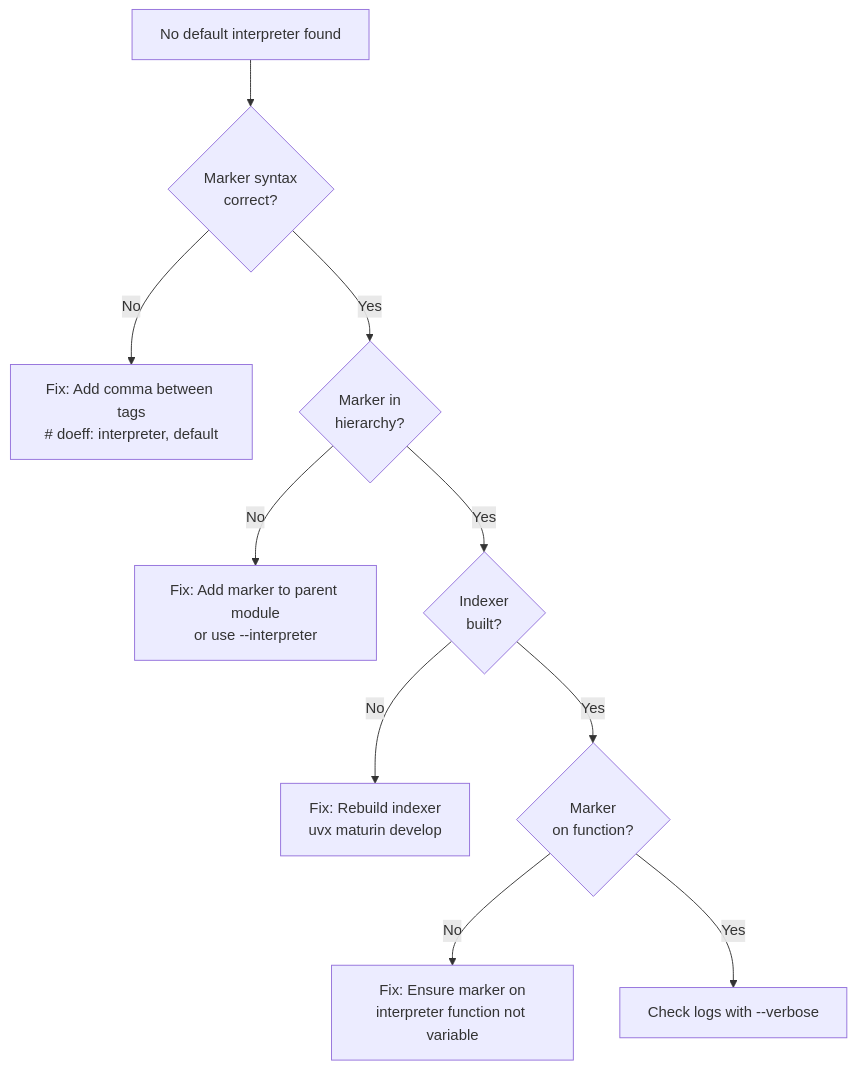
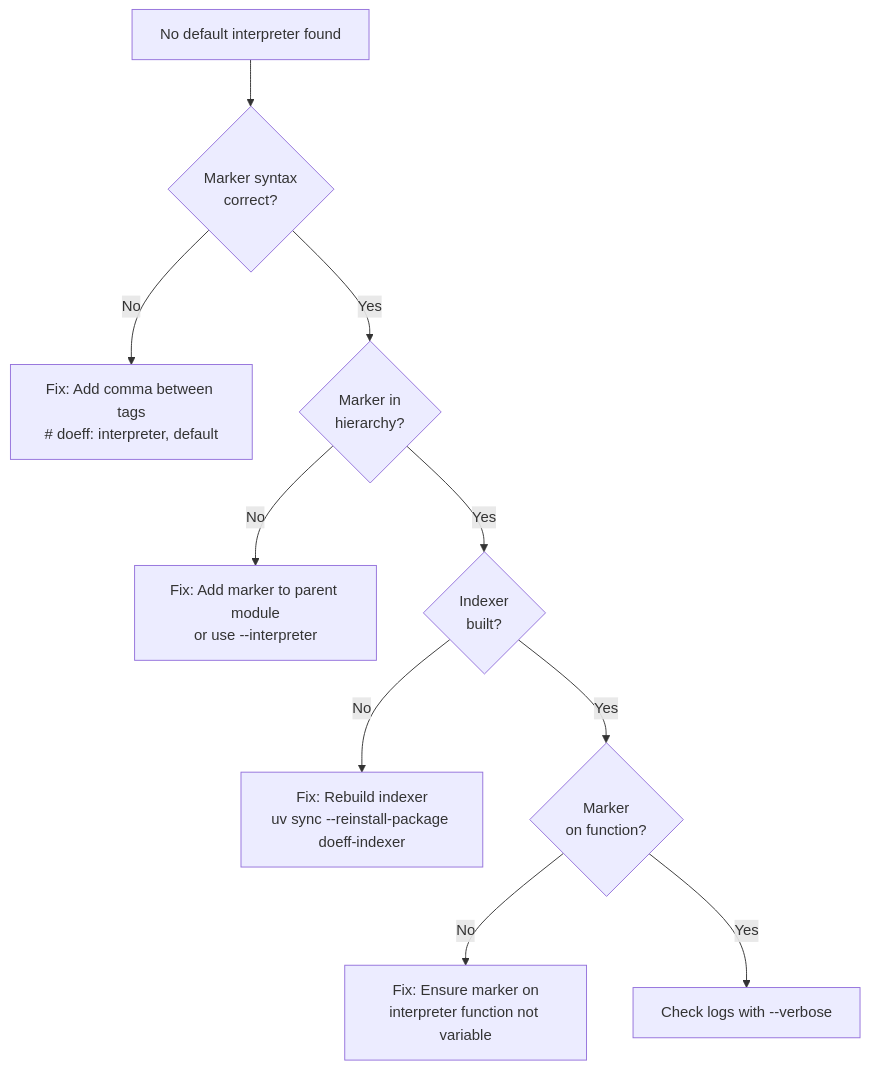
One commit to proboscis/doeff changed the sixth of 6 diagrams in docs/14-cli-auto-discovery.md. Above: the diagram before and after it, drawn with Mermaid. The commit also changed 9 other files, not shown here.

````diff
--- a/docs/14-cli-auto-discovery.md
+++ b/docs/14-cli-auto-discovery.md
@@ -699,12 +699,12 @@
 ```mermaid
 graph TD
     A[No default interpreter found] --> B{Marker syntax<br/>correct?}
     B -->|No| C[Fix: Add comma between tags<br/># doeff: interpreter, default]
     B -->|Yes| D{Marker in<br/>hierarchy?}
     D -->|No| E[Fix: Add marker to parent module<br/>or use --interpreter]
     D -->|Yes| F{Indexer<br/>built?}
-    F -->|No| G[Fix: Rebuild indexer<br/>uvx maturin develop]
+    F -->|No| G[Fix: Rebuild indexer<br/>uv sync --reinstall-package doeff-indexer]
     F -->|Yes| H{Marker<br/>on function?}
     H -->|No| I[Fix: Ensure marker on<br/>interpreter function not variable]
     H -->|Yes| J[Check logs with --verbose]
 ```
````
